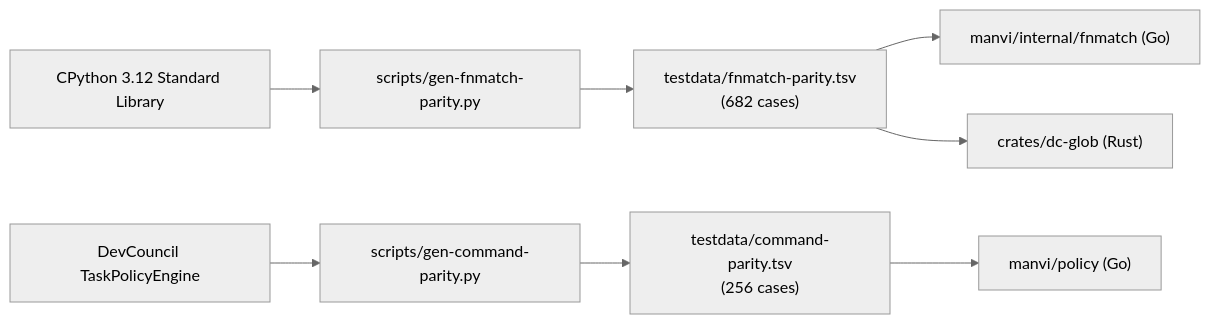
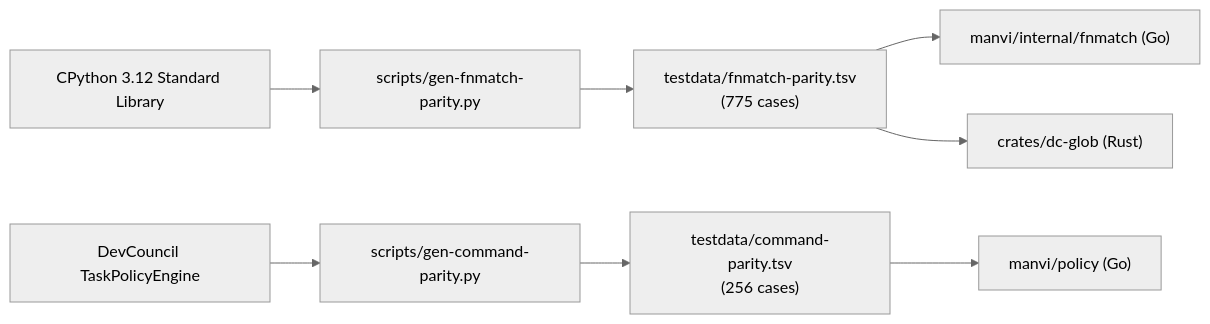
Before and after one commit to bharathvbcr/Manvi: the first of 4 diagrams in docs/VERIFICATION_AND_PARITY.md, drawn with Mermaid (neutral theme). The commit also changed other lines of this file and 4 other files, not shown here.

````diff
--- a/docs/VERIFICATION_AND_PARITY.md
+++ b/docs/VERIFICATION_AND_PARITY.md
@@ -13,13 +13,13 @@
 ```mermaid
 flowchart LR
     CPython["CPython 3.12 Standard Library"] --> GenGlob["scripts/gen-fnmatch-parity.py"]
-    GenGlob --> GlobTSV["testdata/fnmatch-parity.tsv<br/>(682 cases)"]
+    GenGlob --> GlobTSV["testdata/fnmatch-parity.tsv<br/>(775 cases)"]
     
     GlobTSV --> GoFnmatch["manvi/internal/fnmatch (Go)"]
     GlobTSV --> RustGlob["crates/dc-glob (Rust)"]
 
     PythonEngine["DevCouncil TaskPolicyEngine"] --> GenCmd["scripts/gen-command-parity.py"]
     GenCmd --> CmdTSV["testdata/command-parity.tsv<br/>(256 cases)"]
     
     CmdTSV --> GoPolicy["manvi/policy (Go)"]
 ```
````
